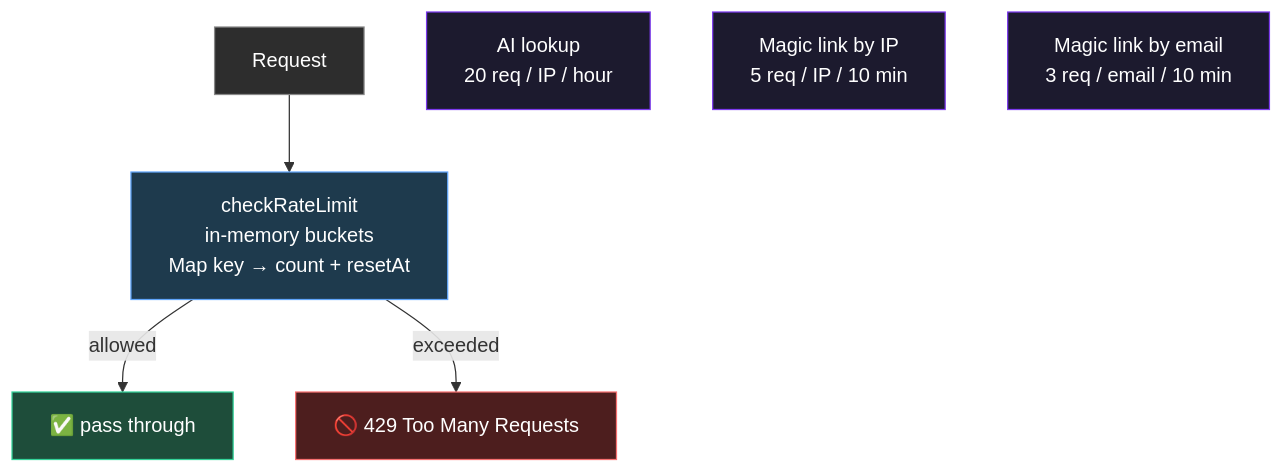
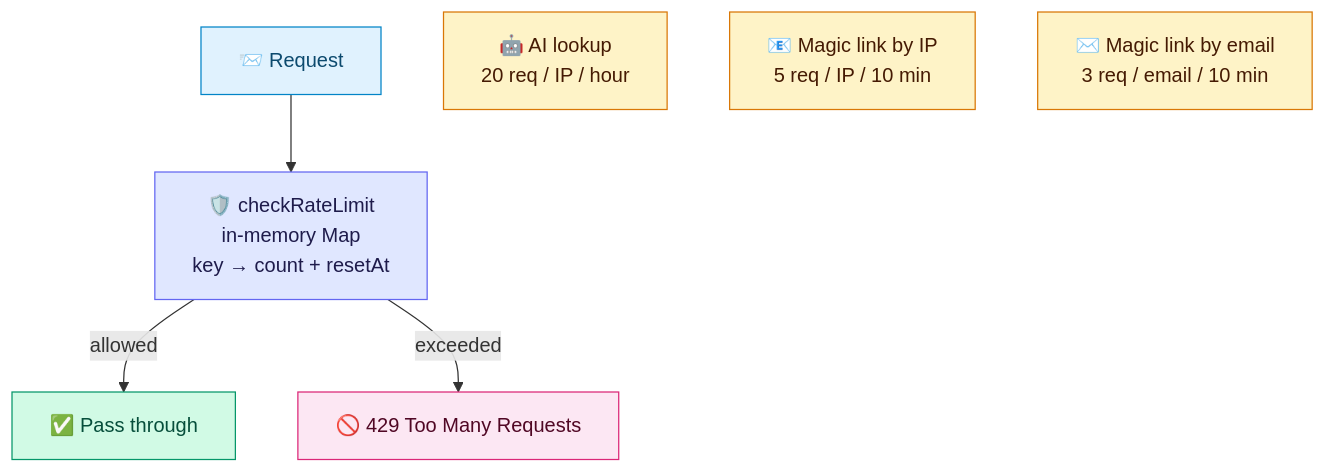
One commit to alexzhel-io/veloadout changed the ninth of 14 diagrams in docs/architecture.md. Above: the diagram before and after it, drawn with Mermaid. The commit also changed other lines of this file and 1 other file, not shown here.

Commit message:
docs: translate to English, pastel colors on all diagrams

````diff
--- a/docs/architecture.md
+++ b/docs/architecture.md
@@ -332,23 +351,23 @@
 ```mermaid
 graph TD
-    R["Request"]
-    RL["checkRateLimit<br>in-memory buckets<br>Map key → count + resetAt"]
-    OK["✅ pass through"]
+    R["📨 Request"]
+    RL["🛡️ checkRateLimit<br>in-memory Map<br>key → count + resetAt"]
+    OK["✅ Pass through"]
     BLOCK["🚫 429 Too Many Requests"]
 
     R --> RL
     RL -->|allowed| OK
     RL -->|exceeded| BLOCK
 
-    L1["AI lookup<br>20 req / IP / hour"]
-    L2["Magic link by IP<br>5 req / IP / 10 min"]
-    L3["Magic link by email<br>3 req / email / 10 min"]
+    L1["🤖 AI lookup<br>20 req / IP / hour"]
+    L2["📧 Magic link by IP<br>5 req / IP / 10 min"]
+    L3["✉️ Magic link by email<br>3 req / email / 10 min"]
 
-    style R fill:#2d2d2d,stroke:#888,color:#fff
-    style RL fill:#1e3a4d,stroke:#60a5fa,color:#fff
-    style OK fill:#1e4d3a,stroke:#34d399,color:#fff
-    style BLOCK fill:#4d1e1e,stroke:#f87171,color:#fff
-    style L1 fill:#1c1a2e,stroke:#7c3aed,color:#fff
-    style L2 fill:#1c1a2e,stroke:#7c3aed,color:#fff
-    style L3 fill:#1c1a2e,stroke:#7c3aed,color:#fff
+    style R fill:#e0f2fe,stroke:#0284c7,color:#0c4a6e
+    style RL fill:#e0e7ff,stroke:#6366f1,color:#1e1b4b
+    style OK fill:#d1fae5,stroke:#059669,color:#064e3b
+    style BLOCK fill:#fce7f3,stroke:#db2777,color:#500724
+    style L1 fill:#fef3c7,stroke:#d97706,color:#451a03
+    style L2 fill:#fef3c7,stroke:#d97706,color:#451a03
+    style L3 fill:#fef3c7,stroke:#d97706,color:#451a03
 ```
````
